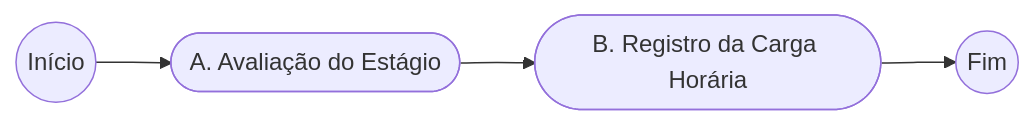
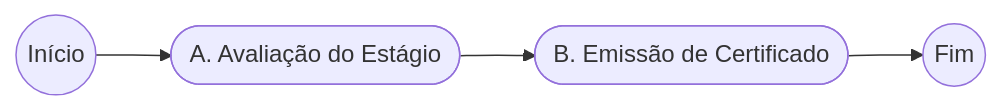
Before and after one commit to ccufcg/ce: the first of 2 diagrams in procedimentos/conclusao/SIGAA.md, drawn with Mermaid. The commit also changed other lines of this file and 1 other file, not shown here.

````diff
--- a/procedimentos/conclusao/SIGAA.md
+++ b/procedimentos/conclusao/SIGAA.md
@@ -7,14 +7,14 @@
 ```mermaid
 flowchart LR
 
     AA@{ shape: circle, label: "Início" } 
     
     B@{ shape: stadium, label: "A. Avaliação do Estágio" }
-    C@{ shape: stadium, label: "B. Registro da Carga Horária" }
+    C@{ shape: stadium, label: "B. Emissão de Certificado" }
     ZZ@{ shape: circle, label: "Fim" }
 
     AA --> B
     B --> C
 
     C --> ZZ
 ```
````
